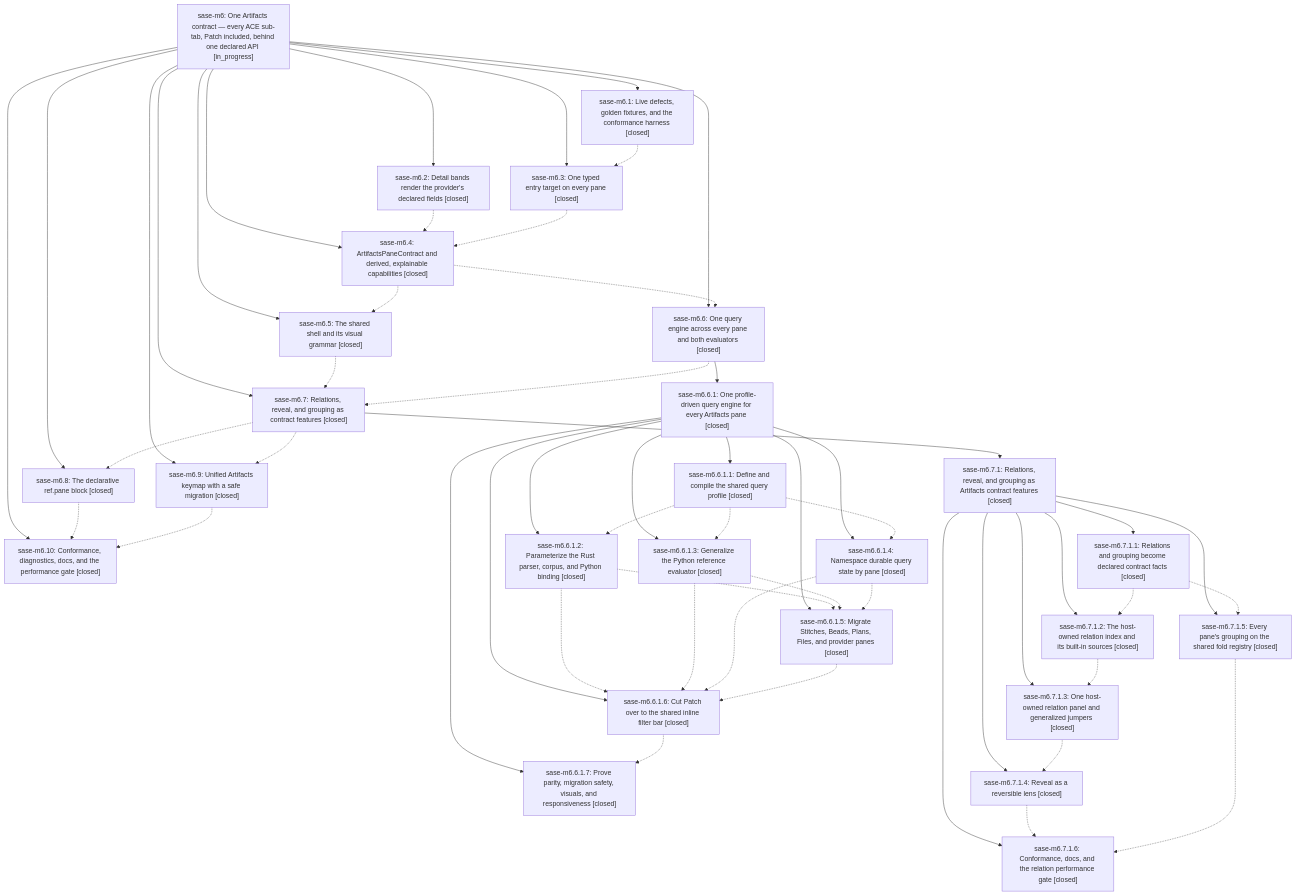
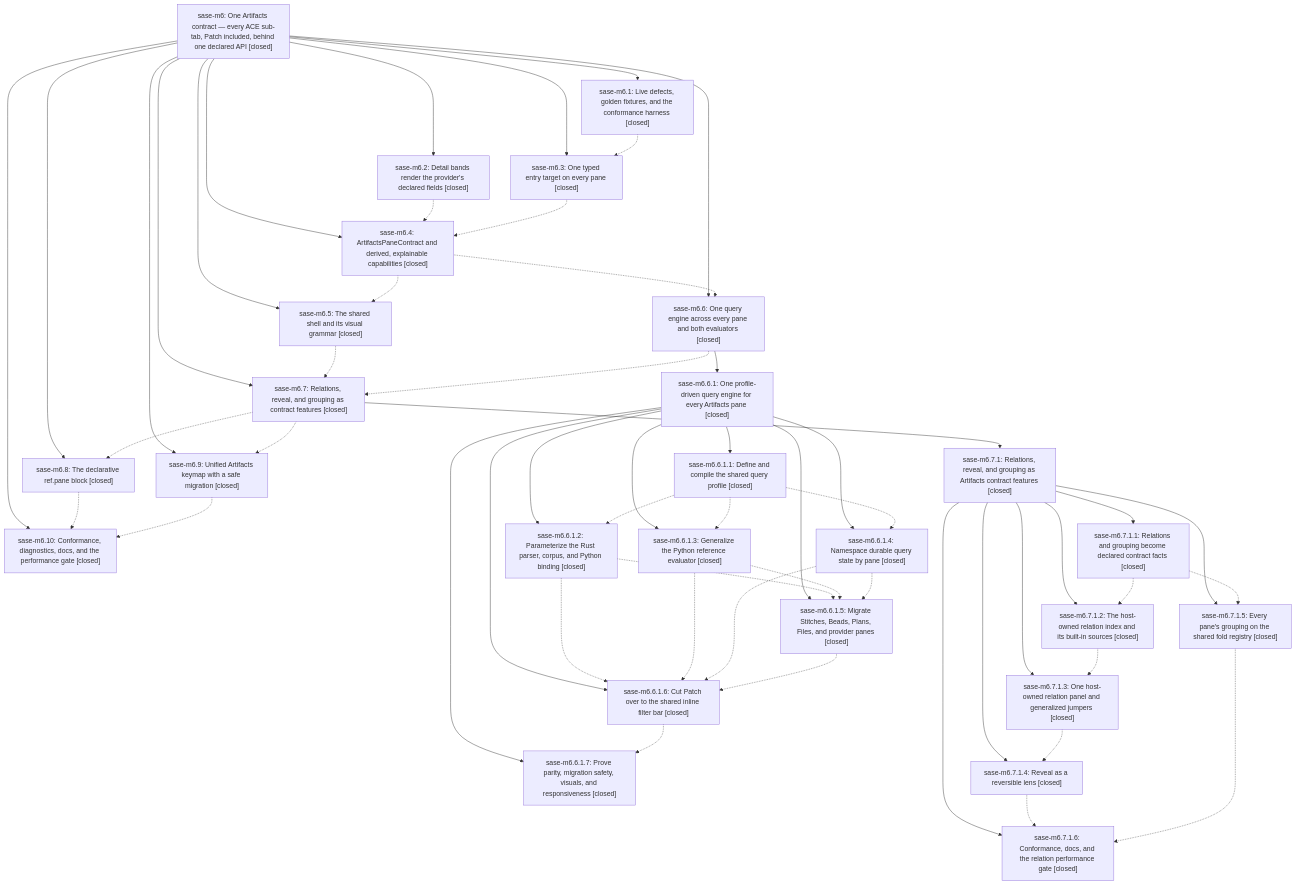
The diagram in pages/sase-m6/README.md (sase-org/sase--beads), drawn with Mermaid before and after one commit. The commit also changed other lines of this file, not shown here.

First line of the commit message:
chore(beads): sync bead state and pages for sase-m6

````diff
--- a/pages/sase-m6/README.md
+++ b/pages/sase-m6/README.md
@@ -54,82 +69,82 @@
 ```mermaid
 flowchart TD
-    n0["sase-m6: One Artifacts contract — every ACE sub-tab, Patch included, behind one declared API [in_progress]"]
+    n0["sase-m6: One Artifacts contract — every ACE sub-tab, Patch included, behind one declared API [closed]"]
     n1["sase-m6.1: Live defects, golden fixtures, and the conformance harness [closed]"]
     n2["sase-m6.10: Conformance, diagnostics, docs, and the performance gate [closed]"]
     n3["sase-m6.2: Detail bands render the provider's declared fields [closed]"]
     n4["sase-m6.3: One typed entry target on every pane [closed]"]
     n5["sase-m6.4: ArtifactsPaneContract and derived, explainable capabilities [closed]"]
     n6["sase-m6.5: The shared shell and its visual grammar [closed]"]
     n7["sase-m6.6: One query engine across every pane and both evaluators [closed]"]
     n8["sase-m6.6.1: One profile-driven query engine for every Artifacts pane [closed]"]
     n9["sase-m6.6.1.1: Define and compile the shared query profile [closed]"]
     n10["sase-m6.6.1.2: Parameterize the Rust parser, corpus, and Python binding [closed]"]
     n11["sase-m6.6.1.3: Generalize the Python reference evaluator [closed]"]
     n12["sase-m6.6.1.4: Namespace durable query state by pane [closed]"]
     n13["sase-m6.6.1.5: Migrate Stitches, Beads, Plans, Files, and provider panes [closed]"]
     n14["sase-m6.6.1.6: Cut Patch over to the shared inline filter bar [closed]"]
     n15["sase-m6.6.1.7: Prove parity, migration safety, visuals, and responsiveness [closed]"]
     n16["sase-m6.7: Relations, reveal, and grouping as contract features [closed]"]
     n17["sase-m6.7.1: Relations, reveal, and grouping as Artifacts contract features [closed]"]
     n18["sase-m6.7.1.1: Relations and grouping become declared contract facts [closed]"]
     n19["sase-m6.7.1.2: The host-owned relation index and its built-in sources [closed]"]
     n20["sase-m6.7.1.3: One host-owned relation panel and generalized jumpers [closed]"]
     n21["sase-m6.7.1.4: Reveal as a reversible lens [closed]"]
     n22["sase-m6.7.1.5: Every pane's grouping on the shared fold registry [closed]"]
     n23["sase-m6.7.1.6: Conformance, docs, and the relation performance gate [closed]"]
     n24["sase-m6.8: The declarative ref.pane block [closed]"]
     n25["sase-m6.9: Unified Artifacts keymap with a safe migration [closed]"]
     n0 --> n1
     n0 --> n2
     n0 --> n3
     n0 --> n4
     n0 --> n5
     n0 --> n6
     n0 --> n7
     n7 --> n8
     n8 --> n9
     n8 --> n10
     n8 --> n11
     n8 --> n12
     n8 --> n13
     n8 --> n14
     n8 --> n15
     n0 --> n16
     n16 --> n17
     n17 --> n18
     n17 --> n19
     n17 --> n20
     n17 --> n21
     n17 --> n22
     n17 --> n23
     n0 --> n24
     n0 --> n25
     n1 -.-> n4
     n3 -.-> n5
     n4 -.-> n5
     n5 -.-> n6
     n5 -.-> n7
     n6 -.-> n16
     n7 -.-> n16
     n9 -.-> n10
     n9 -.-> n11
     n9 -.-> n12
     n10 -.-> n13
     n10 -.-> n14
     n11 -.-> n13
     n11 -.-> n14
     n12 -.-> n13
     n12 -.-> n14
     n13 -.-> n14
     n14 -.-> n15
     n16 -.-> n24
     n16 -.-> n25
     n18 -.-> n19
     n18 -.-> n22
     n19 -.-> n20
     n20 -.-> n21
     n21 -.-> n23
     n22 -.-> n23
     n24 -.-> n2
     n25 -.-> n2
 ```
````
